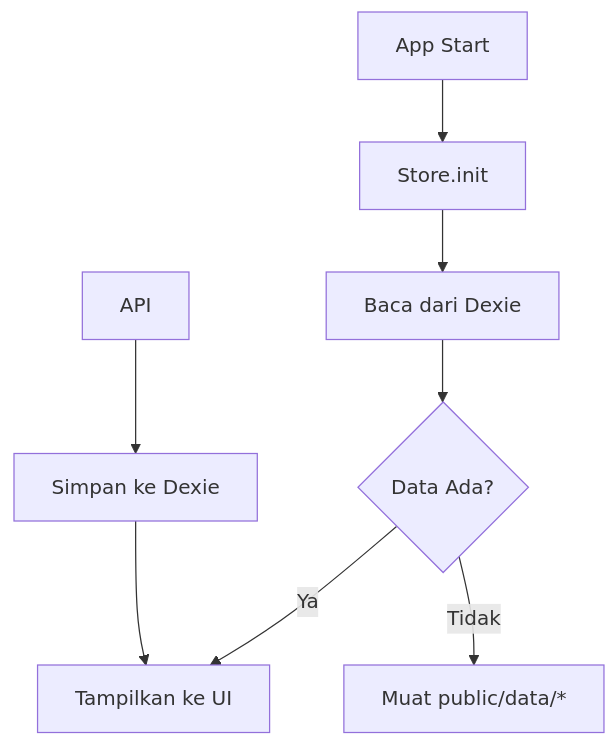
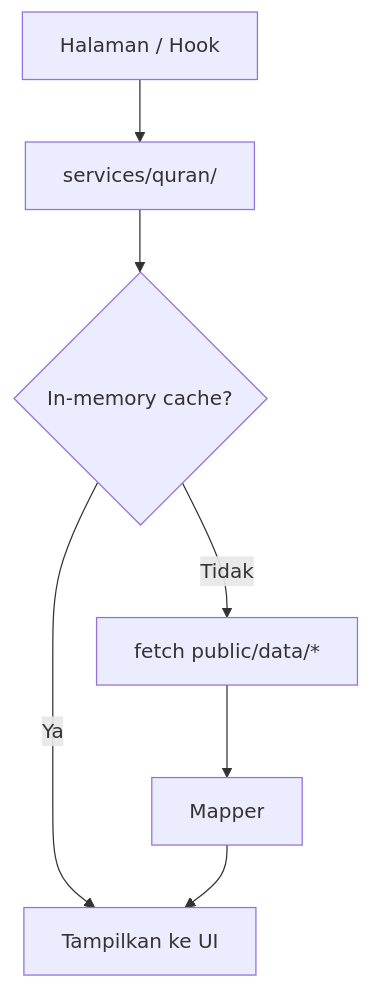
The fourth of 5 diagrams in docs/15-state-management.md (raqolbi/hanquran-app), drawn with Mermaid before and after one commit. The commit also changed other lines of this file and 107 other files, not shown here.

````diff
--- a/docs/15-state-management.md
+++ b/docs/15-state-management.md
@@ -310,10 +314,9 @@
 ```mermaid
 flowchart TD
-  App[App Start] --> Init[Store.init]
-  Init --> Dexie[Baca dari Dexie]
-  Dexie --> Ada{Data Ada?}
-  Ada -- Ya --> Render[Tampilkan ke UI]
-  Ada -- Tidak --> DS[Muat public/data/*]
-  API --> Simpan[Simpan ke Dexie]
-  Simpan --> Render
+  Page[Halaman / Hook] --> Svc[services/quran/]
+  Svc --> Cache{In-memory cache?}
+  Cache -- Ya --> Render[Tampilkan ke UI]
+  Cache -- Tidak --> Fetch[fetch public/data/*]
+  Fetch --> Map[Mapper]
+  Map --> Render
 ```
````
